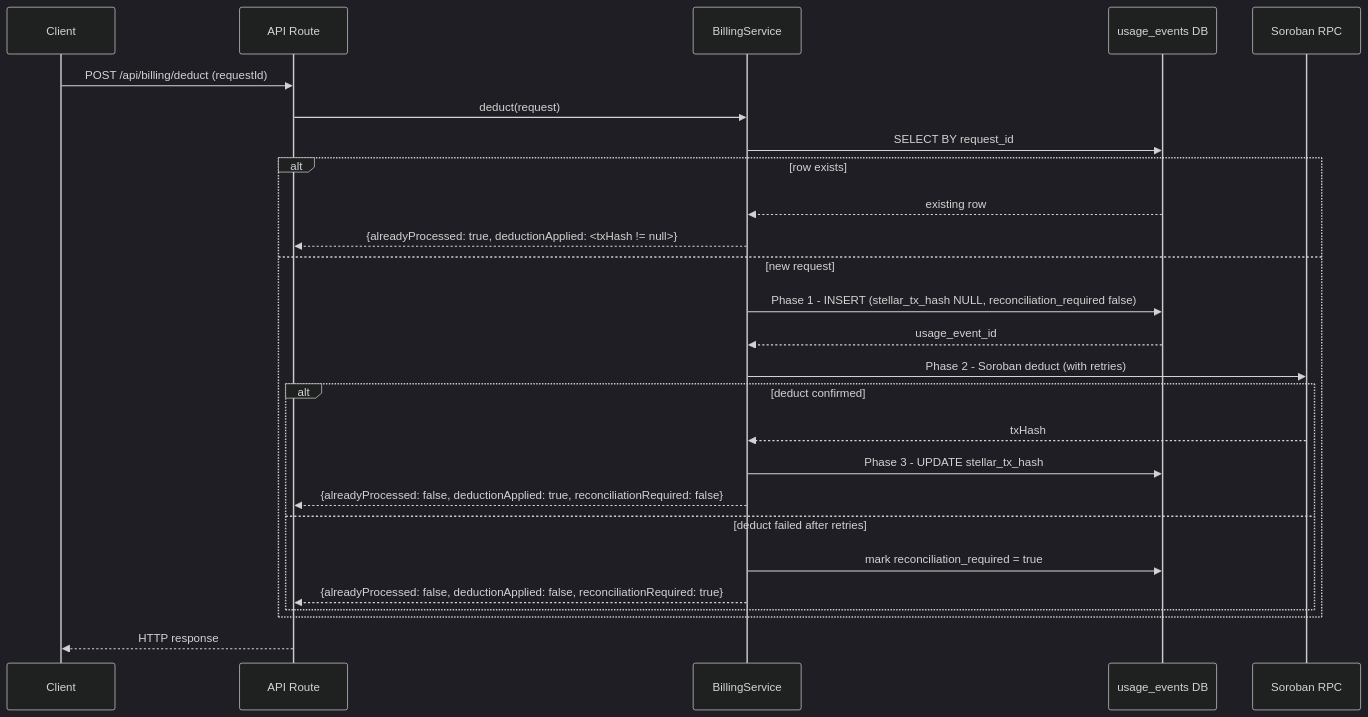
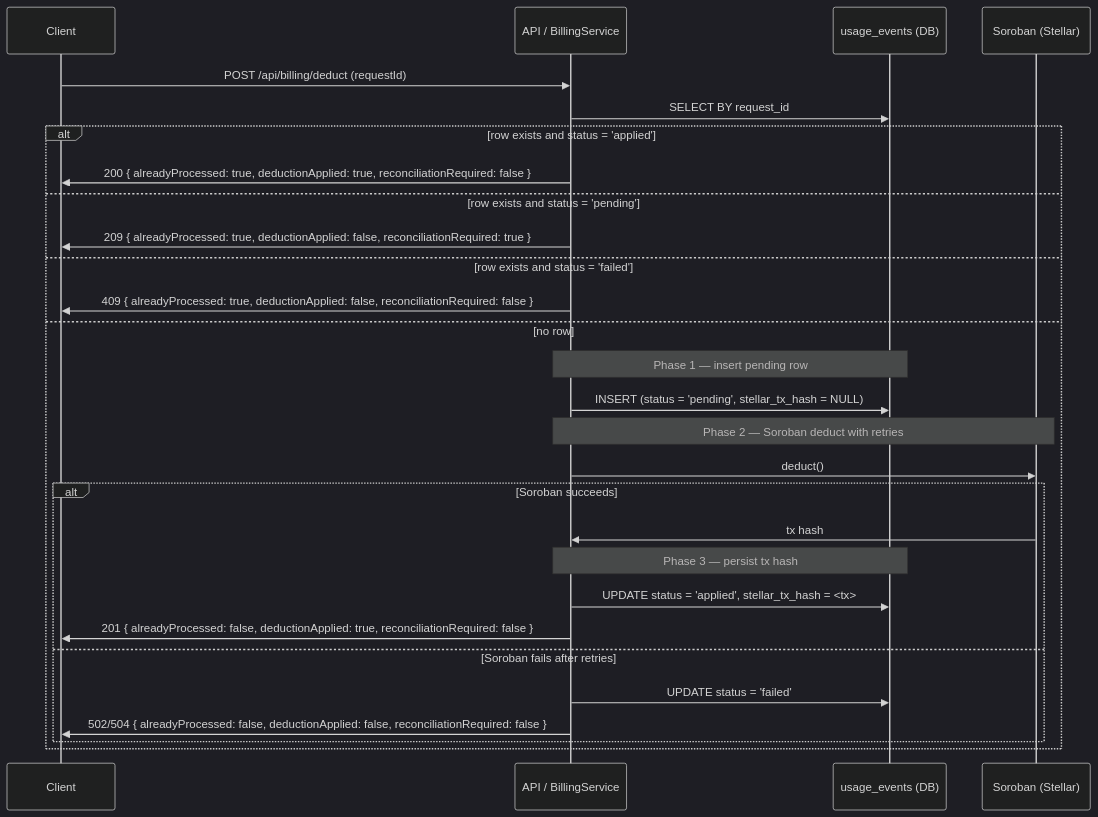
Before and after one commit to CalloraOrg/Callora-Backend: the diagram in docs/sdk/billing-deduct.md, drawn with Mermaid (dark theme). The commit also changed other lines of this file and 2 other files, not shown here.

Commit message:
security: Diagram the three-phase billing deduct lifecycle (#1331)

````diff
--- a/docs/sdk/billing-deduct.md
+++ b/docs/sdk/billing-deduct.md
@@ -43,30 +42,31 @@
 ```mermaid
 sequenceDiagram
     participant C as Client
-    participant A as API Route
-    participant B as BillingService
-    participant D as usage_events DB
-    participant S as Soroban RPC
+    participant A as API / BillingService
+    participant D as usage_events (DB)
+    participant S as Soroban (Stellar)
 
     C->>A: POST /api/billing/deduct (requestId)
-    A->>B: deduct(request)
-    B->>D: SELECT BY request_id
-    alt row exists
-        D-->>B: existing row
-        B-->>A: {alreadyProcessed: true, deductionApplied: <txHash != null>}
-    else new request
-        B->>D: Phase 1 - INSERT (stellar_tx_hash NULL, reconciliation_required false)
-        D-->>B: usage_event_id
-        B->>S: Phase 2 - Soroban deduct (with retries)
-        alt deduct confirmed
-          S-->>B: txHash
-          B->>D: Phase 3 - UPDATE stellar_tx_hash
-          B-->>A: {alreadyProcessed: false, deductionApplied: true, reconciliationRequired: false}
-        else deduct failed after retries
-          B->>D: mark reconciliation_required = true
-          B-->>A: {alreadyProcessed: false, deductionApplied: false, reconciliationRequired: true}
+    A->>D: SELECT BY request_id
+    alt row exists and status = 'applied'
+        A->>C: 200 { alreadyProcessed: true, deductionApplied: true, reconciliationRequired: false }
+    else row exists and status = 'pending'
+        A->>C: 209 { alreadyProcessed: true, deductionApplied: false, reconciliationRequired: true }
+    else row exists and status = 'failed'
+        A->>C: 409 { alreadyProcessed: true, deductionApplied: false, reconciliationRequired: false }
+    else no row
+        Note over A,D: Phase 1 — insert pending row
+        A->>D: INSERT (status = 'pending', stellar_tx_hash = NULL)
+        Note over A,S: Phase 2 — Soroban deduct with retries
+        A->>S: deduct()
+        alt Soroban succeeds
+            S->>A: tx hash
+            Note over A,D: Phase 3 — persist tx hash
+            A->>D: UPDATE status = 'applied', stellar_tx_hash = <tx>
+            A->>C: 201 { alreadyProcessed: false, deductionApplied: true, reconciliationRequired: false }
+        else Soroban fails after retries
+            A->>D: UPDATE status = 'failed'
+            A->>C: 502/504 { alreadyProcessed: false, deductionApplied: false, reconciliationRequired: false }
         end
     end
-    A-->>C: HTTP response
-
 ```
````
